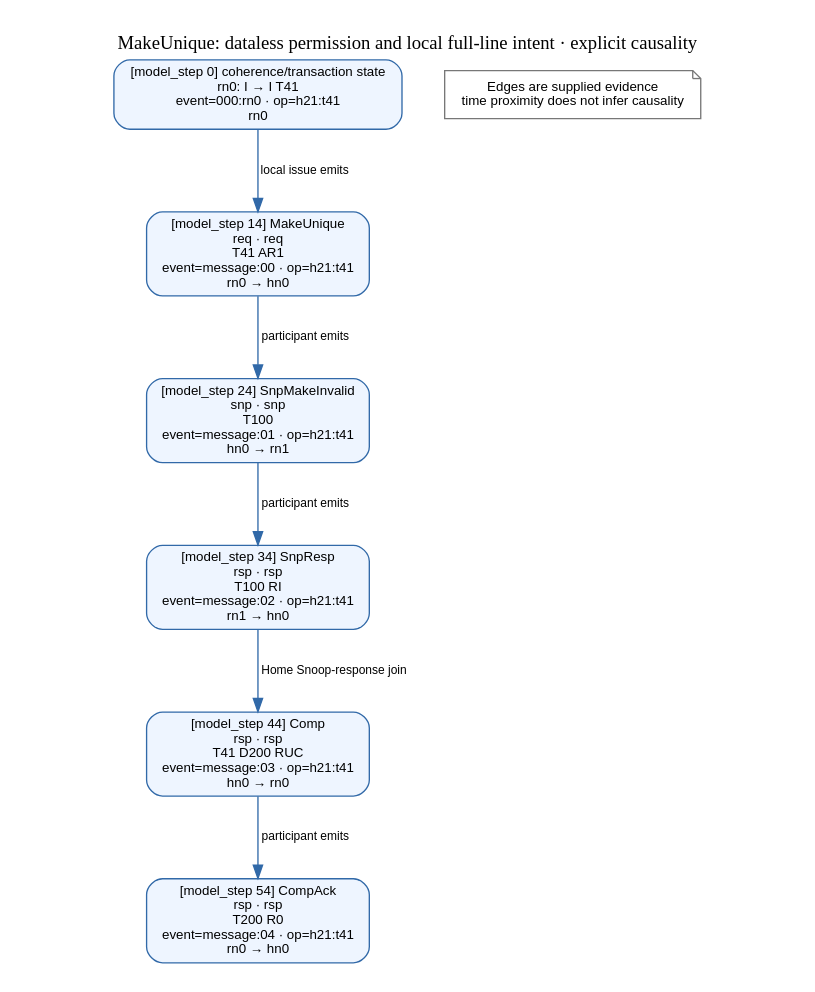
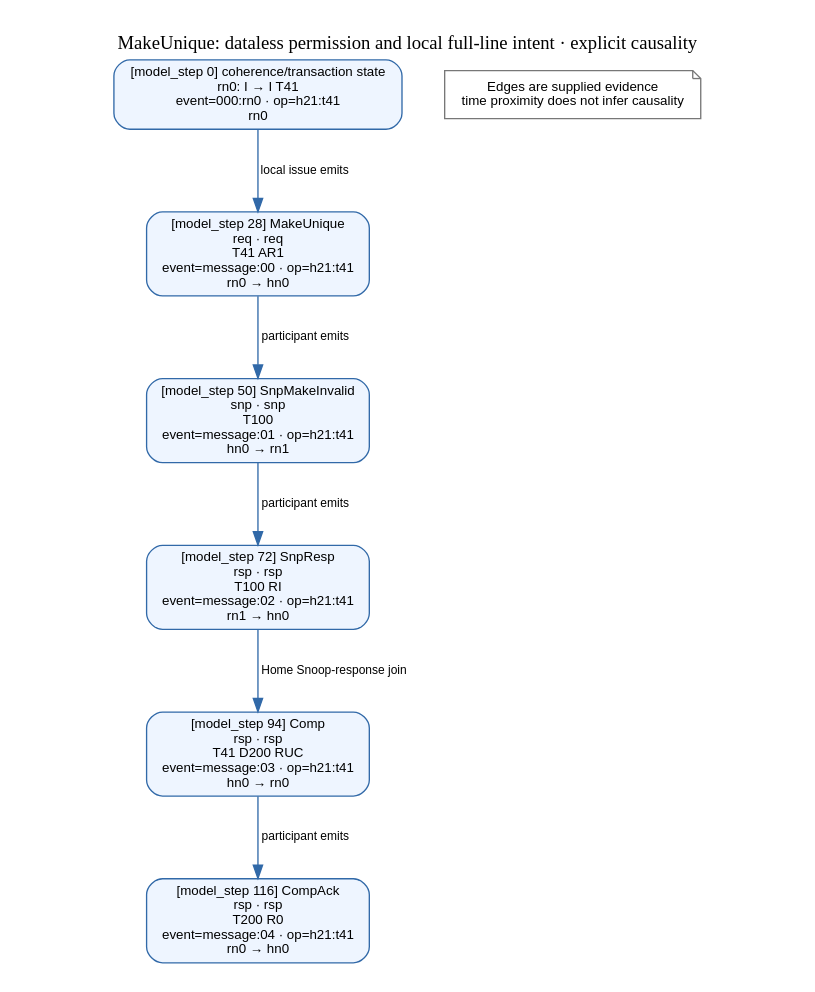
One commit to WhiteDeerPro/PROTOCOL_MODEL changed the diagram in showcase/generated/chi/issue-h-flow-gallery/sources/cases/make-unique-local-intent/causal.dot. Above: the diagram before and after it, drawn with Graphviz. The commit also changed 74 other files, not shown here.

Commit message:
Route CHI flow witnesses through explicit XP

```diff
--- a/showcase/generated/chi/issue-h-flow-gallery/sources/cases/make-unique-local-intent/causal.dot
+++ b/showcase/generated/chi/issue-h-flow-gallery/sources/cases/make-unique-local-intent/causal.dot
@@ -1,20 +1,20 @@
 digraph transaction_causality {
   rankdir=TB;
   label="MakeUnique: dataless permission and local full-line intent · explicit causality";
   labelloc="t";
   graph [bgcolor="white", nodesep=0.45, ranksep=0.72, splines=polyline, pad=0.2];
   node [shape=box, style="rounded,filled", fillcolor="#eef5ff", color="#3169a8", fontname="sans-serif", fontsize=10];
   edge [color="#3169a8", fontname="sans-serif", fontsize=9];
   event_0 [label="[model_step 0] coherence/transaction state\nrn0: I → I T41\nevent=000:rn0 · op=h21:t41\nrn0"];
-  event_1 [label="[model_step 14] MakeUnique\nreq · req\nT41 AR1\nevent=message:00 · op=h21:t41\nrn0 → hn0"];
-  event_2 [label="[model_step 24] SnpMakeInvalid\nsnp · snp\nT100\nevent=message:01 · op=h21:t41\nhn0 → rn1"];
-  event_3 [label="[model_step 34] SnpResp\nrsp · rsp\nT100 RI\nevent=message:02 · op=h21:t41\nrn1 → hn0"];
-  event_4 [label="[model_step 44] Comp\nrsp · rsp\nT41 D200 RUC\nevent=message:03 · op=h21:t41\nhn0 → rn0"];
-  event_5 [label="[model_step 54] CompAck\nrsp · rsp\nT200 R0\nevent=message:04 · op=h21:t41\nrn0 → hn0"];
+  event_1 [label="[model_step 28] MakeUnique\nreq · req\nT41 AR1\nevent=message:00 · op=h21:t41\nrn0 → hn0"];
+  event_2 [label="[model_step 50] SnpMakeInvalid\nsnp · snp\nT100\nevent=message:01 · op=h21:t41\nhn0 → rn1"];
+  event_3 [label="[model_step 72] SnpResp\nrsp · rsp\nT100 RI\nevent=message:02 · op=h21:t41\nrn1 → hn0"];
+  event_4 [label="[model_step 94] Comp\nrsp · rsp\nT41 D200 RUC\nevent=message:03 · op=h21:t41\nhn0 → rn0"];
+  event_5 [label="[model_step 116] CompAck\nrsp · rsp\nT200 R0\nevent=message:04 · op=h21:t41\nrn0 → hn0"];
   event_0 -> event_1 [label="local issue emits"];
   event_1 -> event_2 [label="participant emits"];
   event_2 -> event_3 [label="participant emits"];
   event_3 -> event_4 [label="Home Snoop-response join"];
   event_4 -> event_5 [label="participant emits"];
   boundary [shape=note, fillcolor="white", color="#777777", label="Edges are supplied evidence\ntime proximity does not infer causality"];
 }
```
